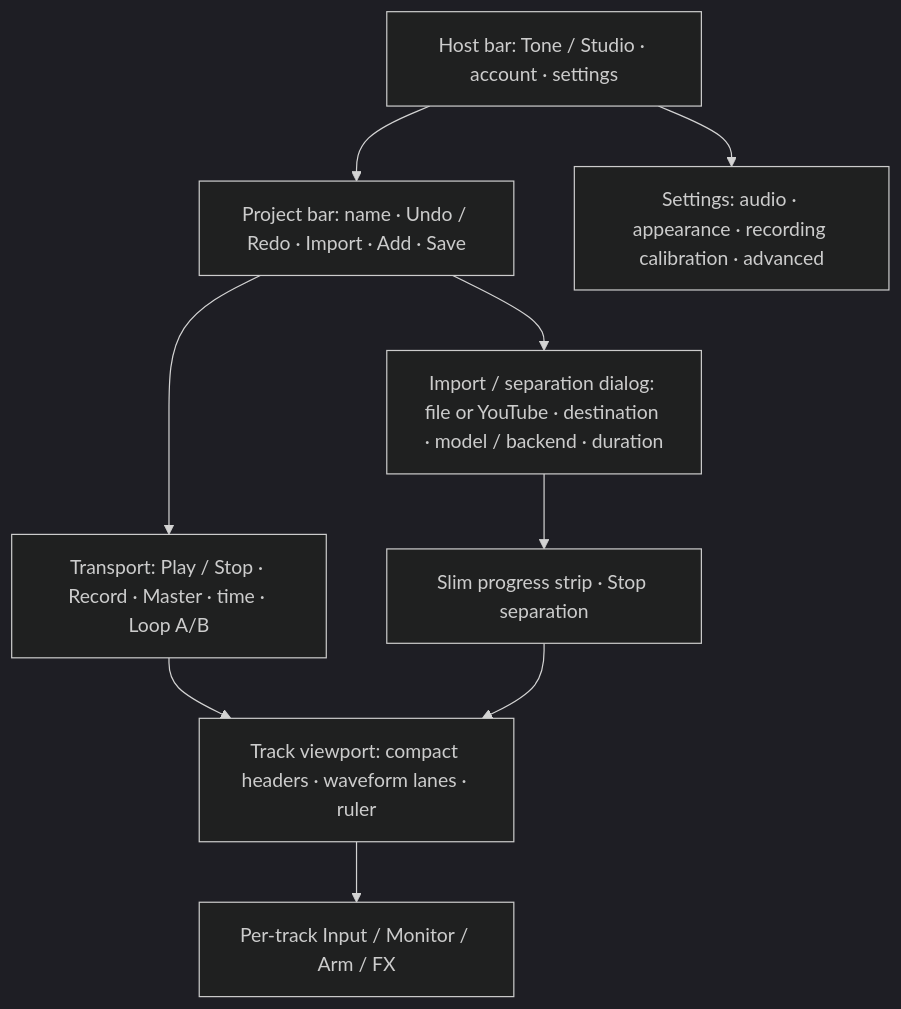
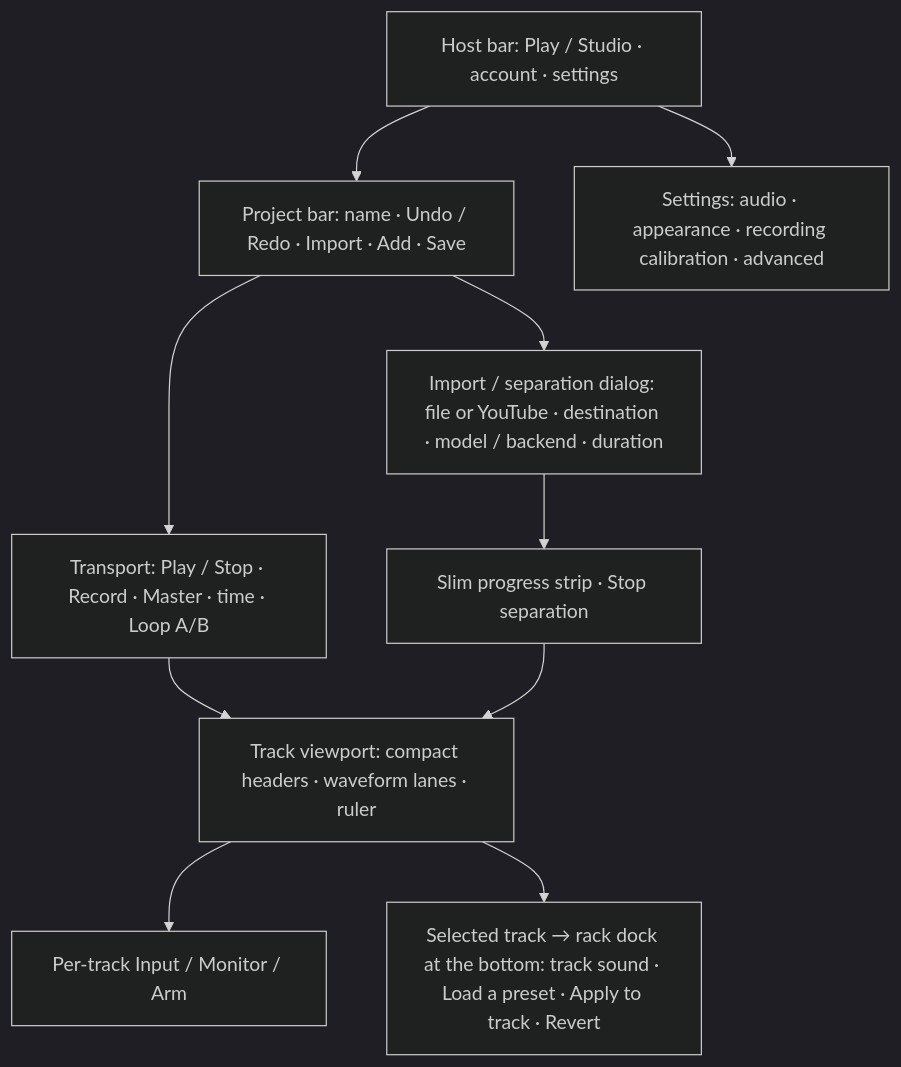
Before and after one commit to micbuffa/NAM_A2_WAM: the diagram in STUDIO_UI_SPECIFICATION.md, drawn with Mermaid (dark theme). The commit also changed other lines of this file and 25 other files, not shown here.

First line of the commit message:
Rename Tone to Play and share a bottom rack dock with Studio

````diff
--- a/STUDIO_UI_SPECIFICATION.md
+++ b/STUDIO_UI_SPECIFICATION.md
@@ -9,11 +9,12 @@
 ```mermaid
 flowchart TB
-  A[Host bar: Tone / Studio · account · settings] --> B[Project bar: name · Undo / Redo · Import · Add · Save]
+  A[Host bar: Play / Studio · account · settings] --> B[Project bar: name · Undo / Redo · Import · Add · Save]
   B --> C[Transport: Play / Stop · Record · Master · time · Loop A/B]
   C --> D[Track viewport: compact headers · waveform lanes · ruler]
   B --> E[Import / separation dialog: file or YouTube · destination · model / backend · duration]
   E --> F[Slim progress strip · Stop separation]
   F --> D
   A --> G[Settings: audio · appearance · recording calibration · advanced]
-  D --> H[Per-track Input / Monitor / Arm / FX]
+  D --> H[Per-track Input / Monitor / Arm]
+  D --> I[Selected track → rack dock at the bottom: track sound · Load a preset · Apply to track · Revert]
 ```
````
